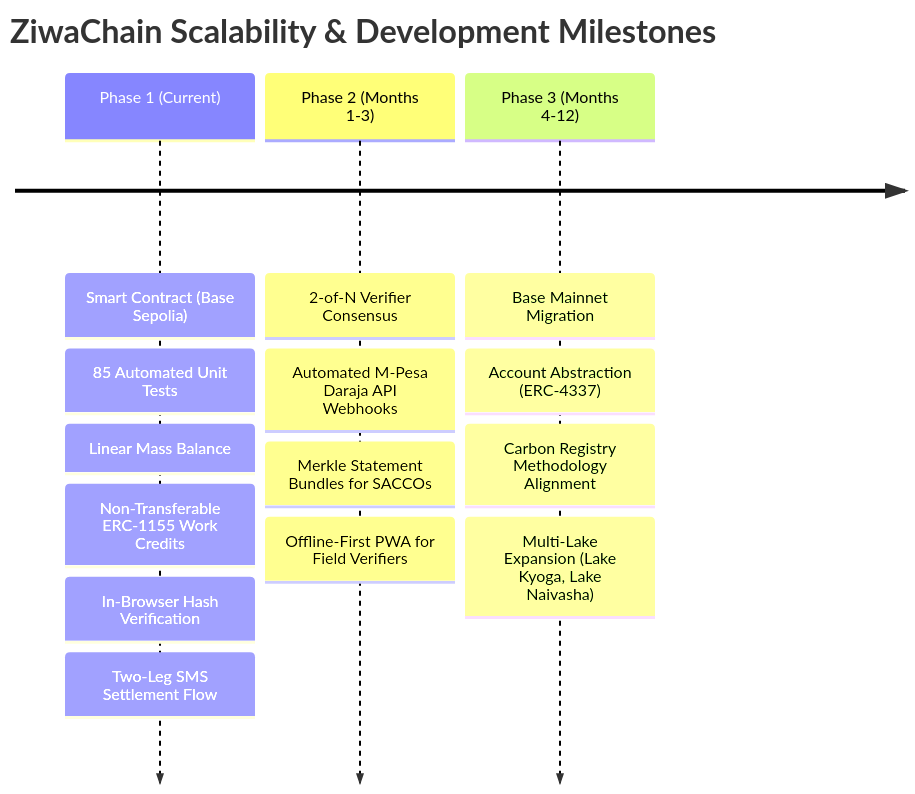
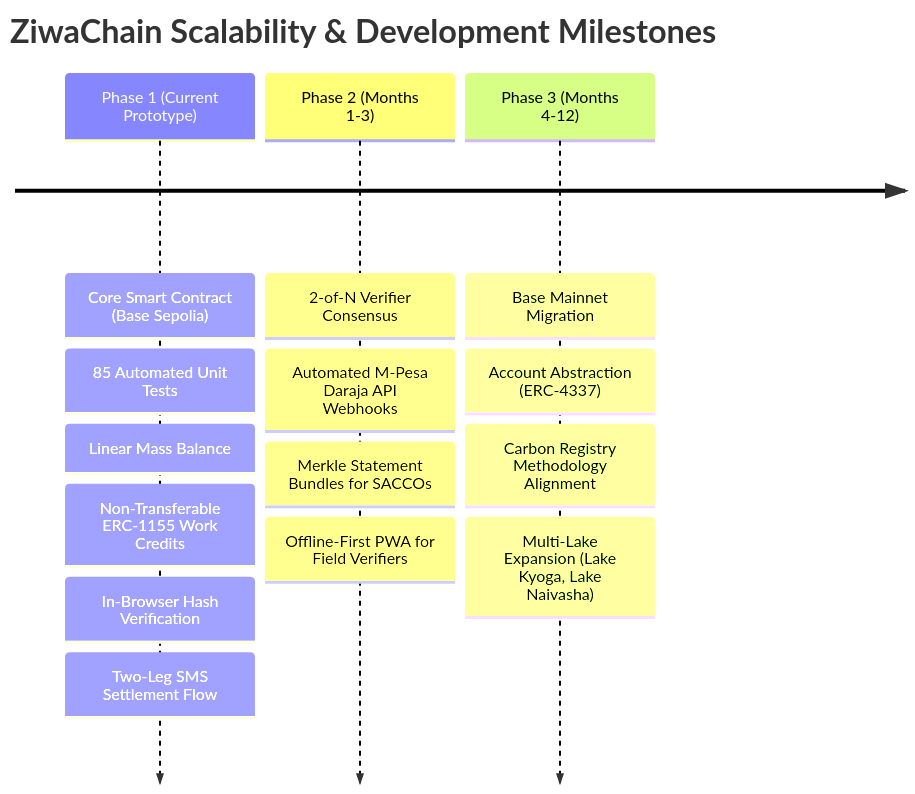
The diagram in docs/adoption-and-scalability.md (Gathoni-K/ziwaChain), drawn with Mermaid before and after one commit. The commit also changed other lines of this file and 8 other files, not shown here.

Commit message:
finished architecture documents

````diff
--- a/docs/adoption-and-scalability.md
+++ b/docs/adoption-and-scalability.md
@@ -44,7 +82,7 @@
 ```mermaid
 timeline
     title ZiwaChain Scalability & Development Milestones
-    Phase 1 (Current) : Smart Contract (Base Sepolia) : 85 Automated Unit Tests : Linear Mass Balance : Non-Transferable ERC-1155 Work Credits : In-Browser Hash Verification : Two-Leg SMS Settlement Flow
+    Phase 1 (Current Prototype) : Core Smart Contract (Base Sepolia) : 85 Automated Unit Tests : Linear Mass Balance : Non-Transferable ERC-1155 Work Credits : In-Browser Hash Verification : Two-Leg SMS Settlement Flow
     Phase 2 (Months 1-3) : 2-of-N Verifier Consensus : Automated M-Pesa Daraja API Webhooks : Merkle Statement Bundles for SACCOs : Offline-First PWA for Field Verifiers
     Phase 3 (Months 4-12) : Base Mainnet Migration : Account Abstraction (ERC-4337) : Carbon Registry Methodology Alignment : Multi-Lake Expansion (Lake Kyoga, Lake Naivasha)
 ```
````
